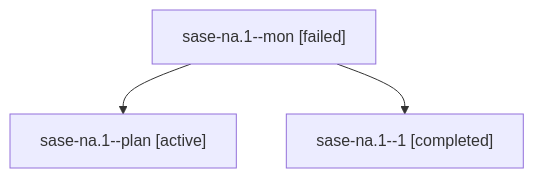
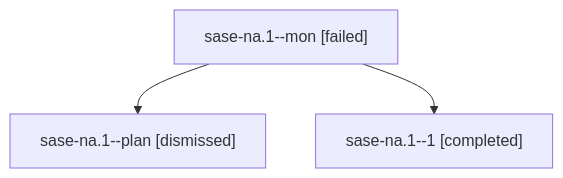
Before and after one commit to sase-org/sase--agents: the diagram in sessions/bbugyi200.athena.sase-na.1.md, drawn with Mermaid. The commit also changed other lines of this file and 219 other files, not shown here.

````diff
--- a/sessions/bbugyi200.athena.sase-na.1.md
+++ b/sessions/bbugyi200.athena.sase-na.1.md
@@ -9,8 +9,8 @@
 ```mermaid
 flowchart TD
   n0["sase-na.1--mon [failed]"]
-  n1["sase-na.1--plan [active]"]
+  n1["sase-na.1--plan [dismissed]"]
   n0 --> n1
   n2["sase-na.1--1 [completed]"]
   n0 --> n2
 ```
````
